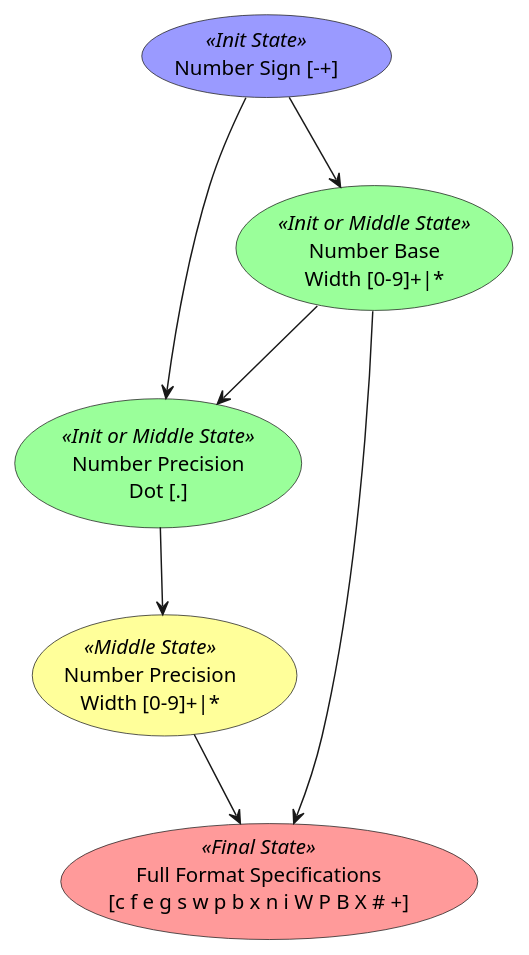
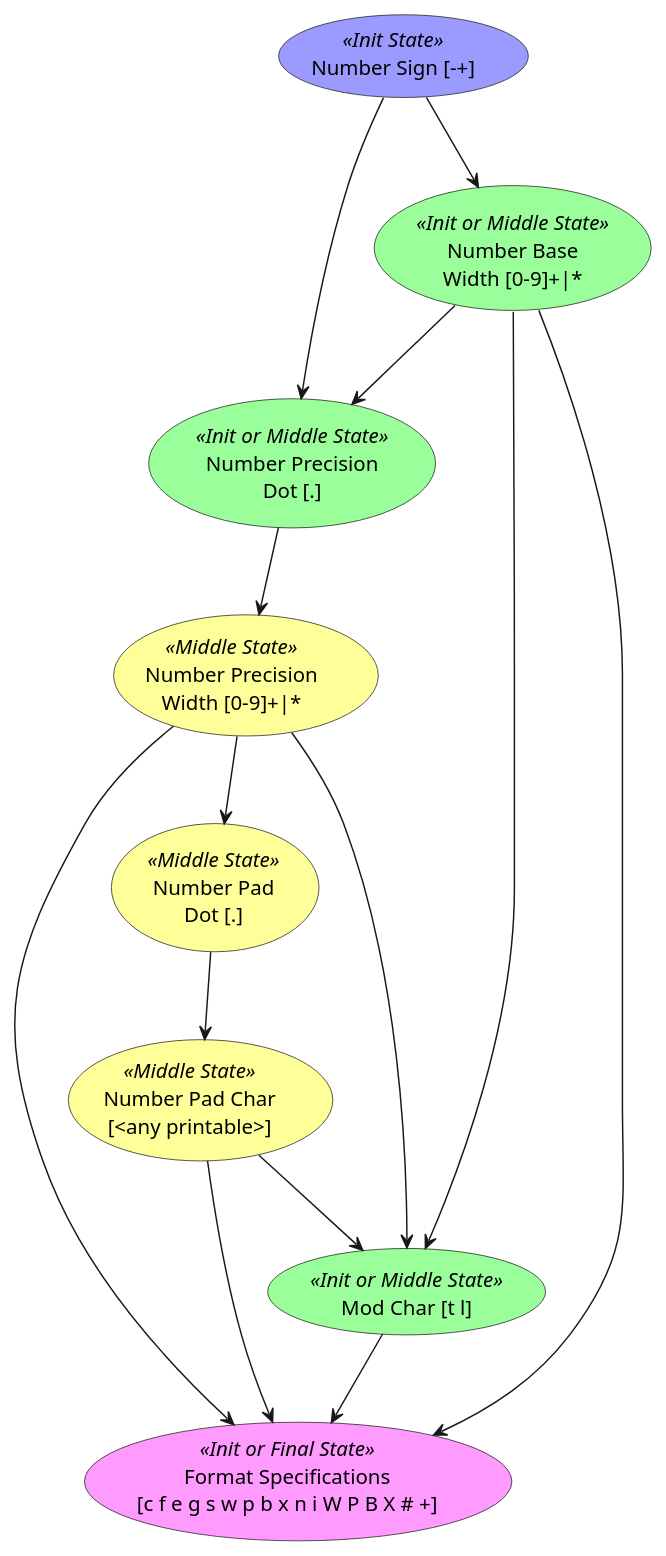
One commit to eshcom/geany changed the diagram in uml/formatseq_erl.pu. Above: the diagram before and after it, drawn with PlantUML. The commit also changed 2 other files, not shown here.

Commit message:
added erlang format sequence highlighting

```diff
--- a/uml/formatseq_erl.pu
+++ b/uml/formatseq_erl.pu
@@ -1,55 +1,66 @@
 @startuml
 skinparam componentStyle uml2
 top to bottom direction
 
 skinparam usecase {
 	'S=40, V=100, H=240	(blue)
 	BackgroundColor<<Init State>> #9A9AFF
 	'S=40, V=100, H=300	(purple)
-	BackgroundColor<<Init and Final State>> #FF9AFF
+	BackgroundColor<<Init or Final State>> #FF9AFF
 	'S=40, V=100, H=120	(green)
 	BackgroundColor<<Init or Middle State>> #9AFF9A
 	'S=40, V=100, H=60	(yellow)
 	BackgroundColor<<Middle State>> #FFFF9A
-	'S=40, V=100, H=0	(red)
-	BackgroundColor<<Final State>> #FF9A9A
 }
 
 'Format: ~<F>.<P>.<Pad><Mod><C>
 '
 '<F>	- Is the field width of the printed argument.
 '         A negative value means that the argument is left-justified
 '         within the field, otherwise right-justified.
 '
 '<P>	- Is the precision of the printed argument.
 '         A default value is used if no precision is specified.
 '
 '<Pad>	- Is the padding character. Only one padding char can be specified.
 '         It is used for both the field width and precision.
 '         The default padding char is ' ' (space).
 '
 '<Mod>	- Is the control sequence modifier [t l].
 '         This is one or more char that change
 '         the interpretation of Data. The current modifiers are t,
 '         for Unicode translation, and l, for stopping p and P
 '         from detecting printable characters.
 '
 '<C>	- Is the control sequence [c f e g s w p b x n i W P B X # +].
 
 usecase (Number Sign [-+]) as format_num_sign <<Init State>>
 
 usecase (Number Base\nWidth [0-9]+|*) as format_num_base_width <<Init or Middle State>>
 
 usecase (Number Precision\nDot [.]) as format_num_prec_dot <<Init or Middle State>>
 usecase (Number Precision\nWidth [0-9]+|*) as format_num_prec_width <<Middle State>>
+usecase (Number Pad\nDot [.]) as format_num_pad_dot <<Middle State>>
+usecase (Number Pad Char\n[<any printable>]) as format_num_pad_char <<Middle State>>
+usecase (Mod Char [t l]) as format_mod_char <<Init or Middle State>>
 
-usecase (Full Format Specifications\n[c f e g s w p b x n i W P B X # +]) as format_full_spec <<Final State>>
+usecase (Format Specifications\n[c f e g s w p b x n i W P B X # +]) as format_spec <<Init or Final State>>
 
 format_num_sign --> format_num_base_width
 format_num_sign --> format_num_prec_dot
-format_num_base_width --> format_full_spec
+format_num_base_width --> format_spec
 format_num_base_width --> format_num_prec_dot
+format_num_base_width --> format_mod_char
+
 format_num_prec_dot --> format_num_prec_width
-format_num_prec_width --> format_full_spec
+format_num_prec_width --> format_spec
+format_num_prec_width --> format_num_pad_dot
+format_num_prec_width --> format_mod_char
+
+format_num_pad_dot --> format_num_pad_char
+format_num_pad_char --> format_spec
+format_num_pad_char --> format_mod_char
+
+format_mod_char --> format_spec
 
 @enduml
```
